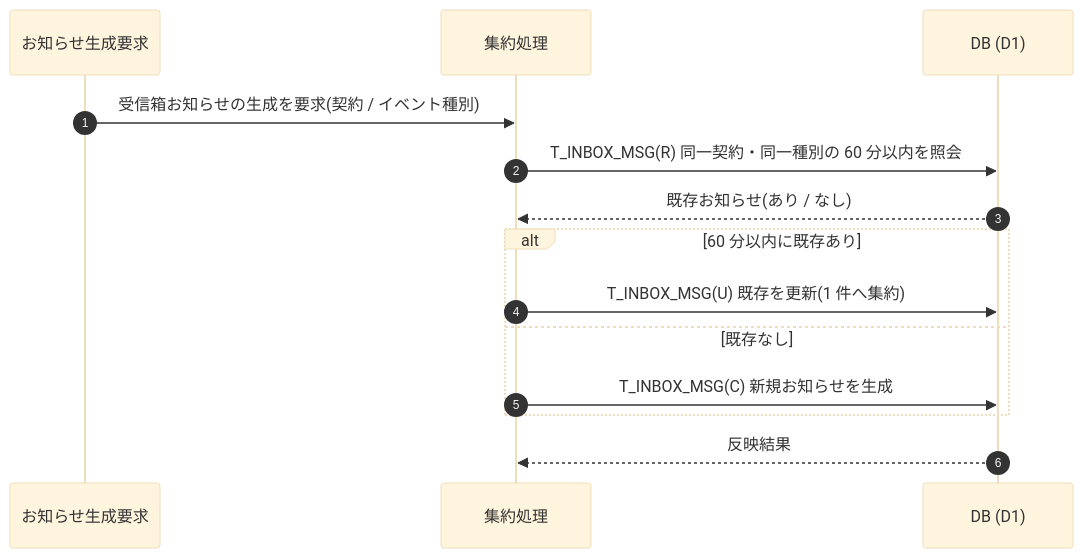
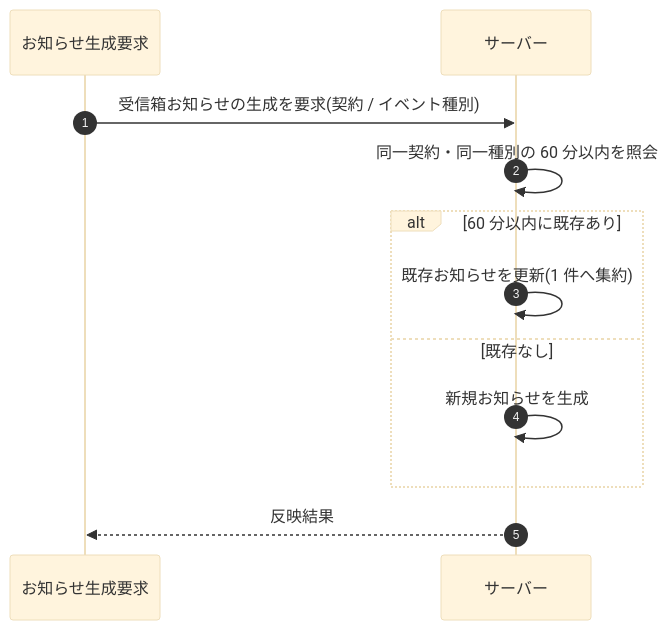
Before and after one commit to sikakou54/open-faq: the diagram in 02_basic_design/05_sequences/SEQ-106.md, drawn with Mermaid (base theme). The commit also changed other lines of this file and 108 other files, not shown here.

First line of the commit message:
基本設計: シーケンス図を基本設計粒度(ユーザー/画面/サーバー)へ再編成

````diff
--- a/02_basic_design/05_sequences/SEQ-106.md
+++ b/02_basic_design/05_sequences/SEQ-106.md
@@ -25,16 +32,14 @@
 ```mermaid
 sequenceDiagram
   autonumber
-  participant E as お知らせ生成要求
-  participant AG as 集約処理
-  participant DB as DB (D1)
-  E->>AG: 受信箱お知らせの生成を要求(契約 / イベント種別)
-  AG->>DB: T_INBOX_MSG(R) 同一契約・同一種別の 60 分以内を照会
-  DB-->>AG: 既存お知らせ(あり / なし)
+  participant G as お知らせ生成要求
+  participant Server as サーバー
+  G->>Server: 受信箱お知らせの生成を要求(契約 / イベント種別)
+  Server->>Server: 同一契約・同一種別の 60 分以内を照会
   alt 60 分以内に既存あり
-    AG->>DB: T_INBOX_MSG(U) 既存を更新(1 件へ集約)
+    Server->>Server: 既存お知らせを更新(1 件へ集約)
   else 既存なし
-    AG->>DB: T_INBOX_MSG(C) 新規お知らせを生成
+    Server->>Server: 新規お知らせを生成
   end
-  DB-->>AG: 反映結果
+  Server-->>G: 反映結果
 ```
````
